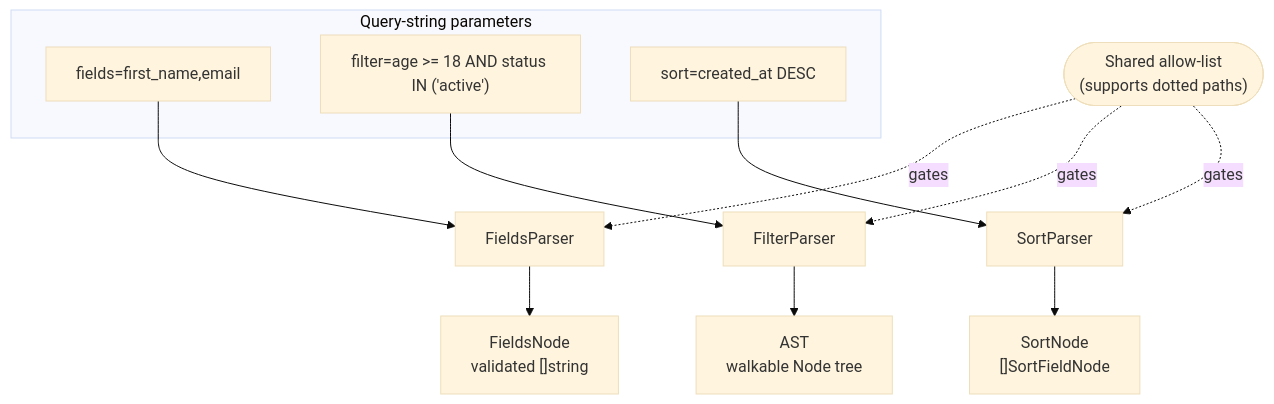
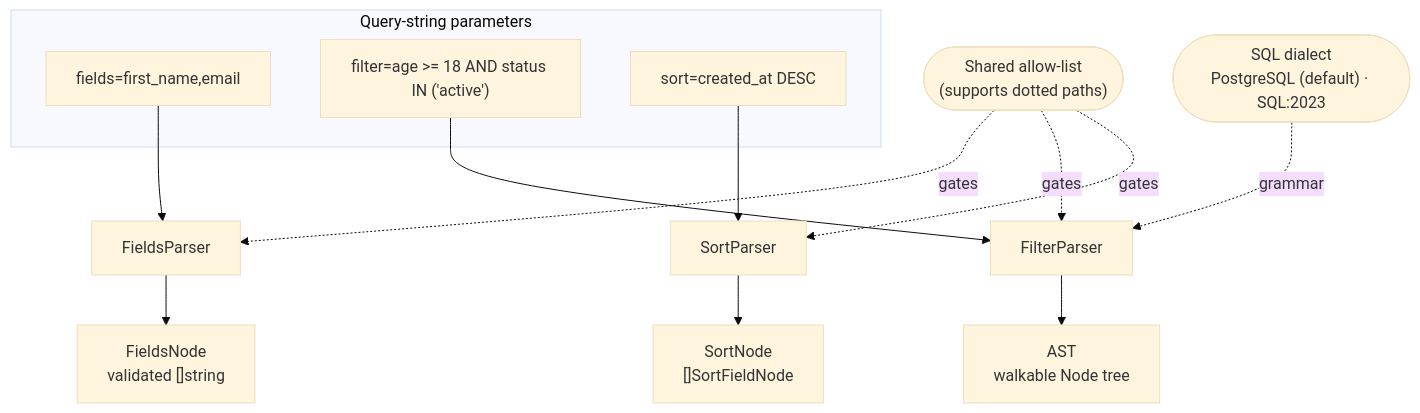
The diagram in docs/README.md (slashdevops/qfv), drawn with Mermaid (base theme) before and after one commit. The commit also changed other lines of this file and 11 other files, not shown here.

First line of the commit message:
feat: the SQL dialect a filter is written in (#28)

````diff
--- a/docs/README.md
+++ b/docs/README.md
@@ -7,21 +7,24 @@
 ```mermaid
 flowchart TB
     subgraph inputs["Query-string parameters"]
         fq["fields=first_name,email"]
         flq["filter=age >= 18 AND status IN ('active')"]
         sq["sort=created_at DESC"]
     end
 
     fq --> FieldsParser
     flq --> FilterParser
     sq --> SortParser
 
     FieldsParser --> FN["FieldsNode<br/>validated []string"]
     FilterParser --> AST["AST<br/>walkable Node tree"]
     SortParser --> SN["SortNode<br/>[]SortFieldNode"]
 
     allow(["Shared allow-list<br/>(supports dotted paths)"])
     allow -. gates .-> FieldsParser
     allow -. gates .-> FilterParser
     allow -. gates .-> SortParser
+
+    dialect(["SQL dialect<br/>PostgreSQL (default) · SQL:2023"])
+    dialect -. grammar .-> FilterParser
 ```
````
